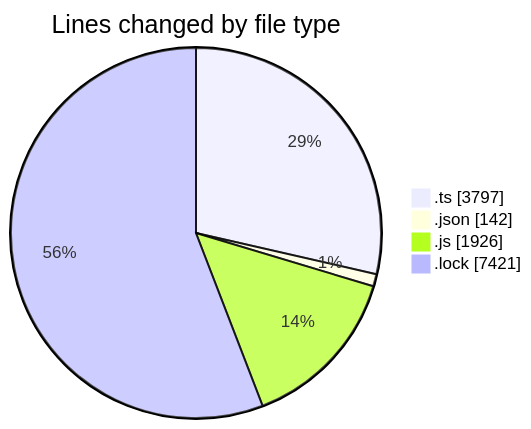
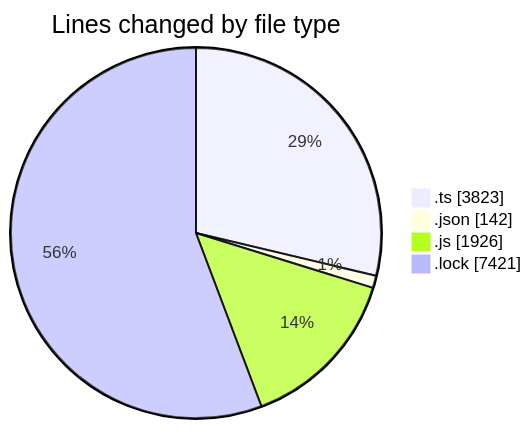
One commit to momahboobian/code-tracking changed the first of 2 diagrams in 2025-07-30/cda/README.md. Above: the diagram before and after it, drawn with Mermaid. The commit also changed other lines of this file and 1 other file, not shown here.

````diff
--- a/2025-07-30/cda/README.md
+++ b/2025-07-30/cda/README.md
@@ -29,8 +29,8 @@
 ```mermaid
 pie showData
 title Lines changed by file type
-".ts" : 3797
+".ts" : 3823
 ".json" : 142
 ".js" : 1926
 ".lock" : 7421
 ```
````
